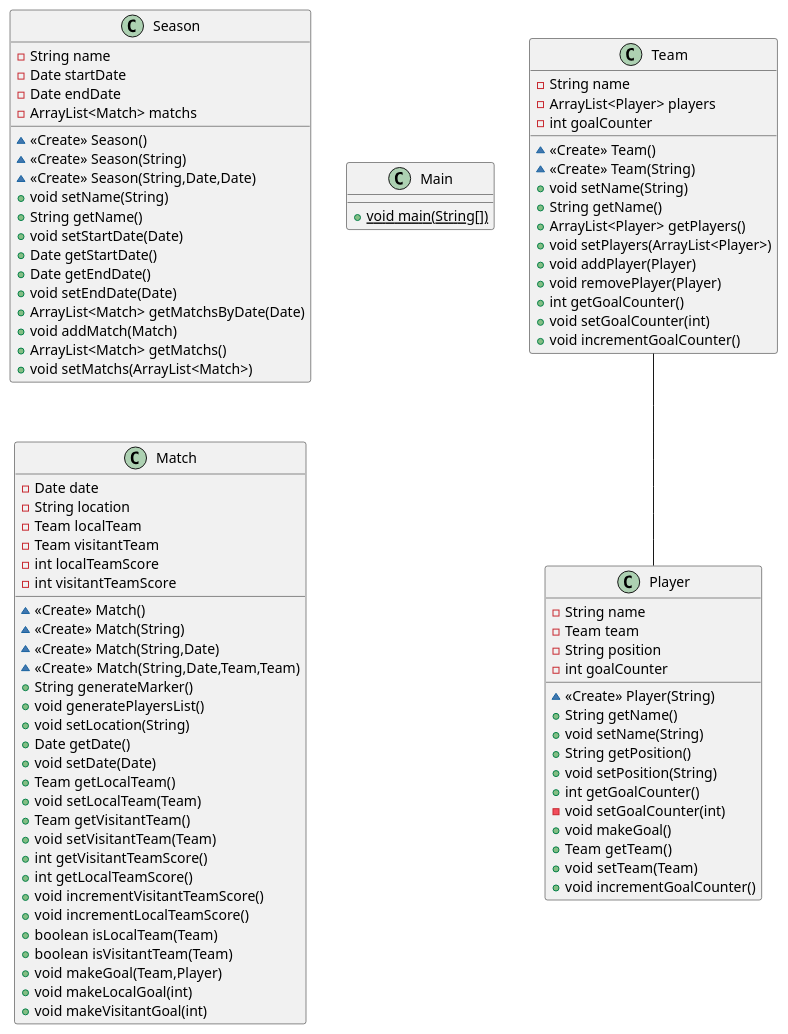
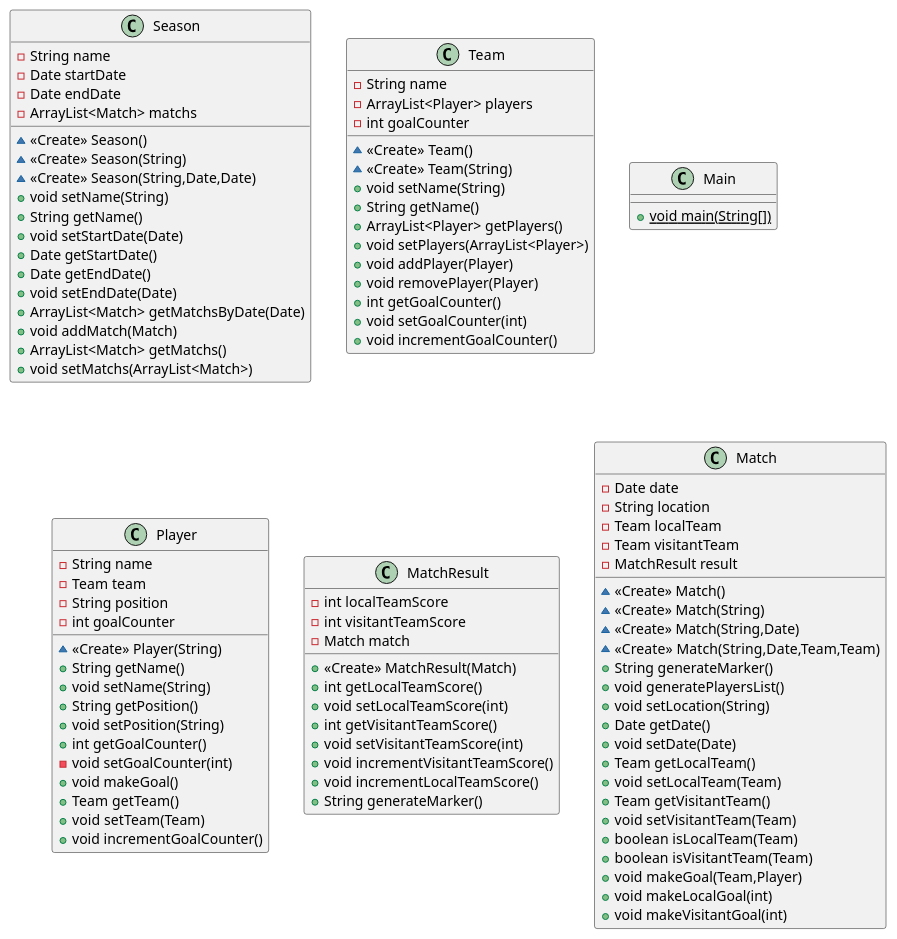
The diagram in tournament.puml (sergiomedinaio/act2bv_davinci_tournament), drawn with PlantUML before and after one commit. The commit also changed 2 other files, not shown here.

Commit message:
feat: add match and result relation

```diff
--- a/tournament.puml
+++ b/tournament.puml
@@ -1,89 +1,95 @@
 @startuml
 class Season {
 - String name
 - Date startDate
 - Date endDate
 - ArrayList<Match> matchs
 ~ <<Create>> Season()
 ~ <<Create>> Season(String)
 ~ <<Create>> Season(String,Date,Date)
 + void setName(String)
 + String getName()
 + void setStartDate(Date)
 + Date getStartDate()
 + Date getEndDate()
 + void setEndDate(Date)
 + ArrayList<Match> getMatchsByDate(Date)
 + void addMatch(Match)
 + ArrayList<Match> getMatchs()
 + void setMatchs(ArrayList<Match>)
 }
 class Team {
 - String name
 - ArrayList<Player> players
 - int goalCounter
 ~ <<Create>> Team()
 ~ <<Create>> Team(String)
 + void setName(String)
 + String getName()
 + ArrayList<Player> getPlayers()
 + void setPlayers(ArrayList<Player>)
 + void addPlayer(Player)
 + void removePlayer(Player)
 + int getGoalCounter()
 + void setGoalCounter(int)
 + void incrementGoalCounter()
 }
 class Main {
 + {static} void main(String[])
 }
 class Player {
 - String name
 - Team team
 - String position
 - int goalCounter
 ~ <<Create>> Player(String)
 + String getName()
 + void setName(String)
 + String getPosition()
 + void setPosition(String)
 + int getGoalCounter()
 - void setGoalCounter(int)
 + void makeGoal()
 + Team getTeam()
 + void setTeam(Team)
 + void incrementGoalCounter()
 }
+class MatchResult {
+- int localTeamScore
+- int visitantTeamScore
+- Match match
++ <<Create>> MatchResult(Match)
++ int getLocalTeamScore()
++ void setLocalTeamScore(int)
++ int getVisitantTeamScore()
++ void setVisitantTeamScore(int)
++ void incrementVisitantTeamScore()
++ void incrementLocalTeamScore()
++ String generateMarker()
+}
 class Match {
 - Date date
 - String location
 - Team localTeam
 - Team visitantTeam
-- int localTeamScore
-- int visitantTeamScore
+- MatchResult result
 ~ <<Create>> Match()
 ~ <<Create>> Match(String)
 ~ <<Create>> Match(String,Date)
 ~ <<Create>> Match(String,Date,Team,Team)
 + String generateMarker()
 + void generatePlayersList()
 + void setLocation(String)
 + Date getDate()
 + void setDate(Date)
 + Team getLocalTeam()
 + void setLocalTeam(Team)
 + Team getVisitantTeam()
 + void setVisitantTeam(Team)
-+ int getVisitantTeamScore()
-+ int getLocalTeamScore()
-+ void incrementVisitantTeamScore()
-+ void incrementLocalTeamScore()
 + boolean isLocalTeam(Team)
 + boolean isVisitantTeam(Team)
 + void makeGoal(Team,Player)
 + void makeLocalGoal(int)
 + void makeVisitantGoal(int)
 }
-
-Team -- Player
 @enduml
```
